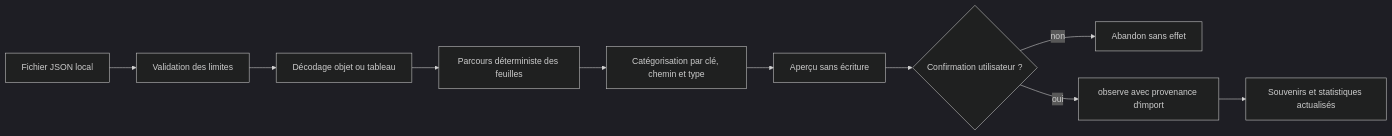
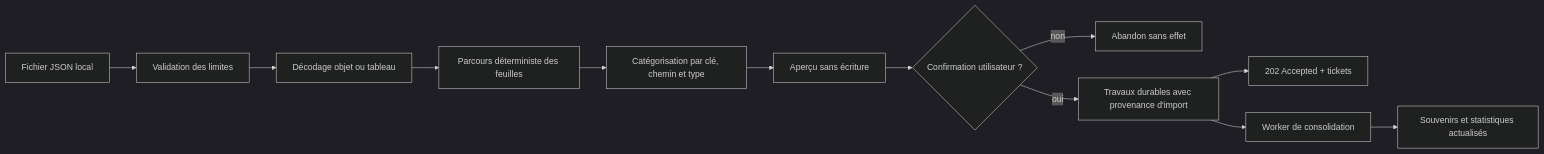
Before and after one commit to sxc3030-eng/memoire-associative-temporelle: the fifth of 5 diagrams in docs/ARCHITECTURE.md, drawn with Mermaid (dark theme). The commit also changed other lines of this file and 15 other files, not shown here.

````diff
--- a/docs/ARCHITECTURE.md
+++ b/docs/ARCHITECTURE.md
@@ -448,12 +506,14 @@
 ```mermaid
 flowchart LR
     F["Fichier JSON local"] --> V["Validation des limites"]
     V --> D["Décodage objet ou tableau"]
     D --> P["Parcours déterministe des feuilles"]
     P --> C["Catégorisation par clé, chemin et type"]
     C --> A["Aperçu sans écriture"]
     A --> Q{"Confirmation utilisateur ?"}
     Q -->|"non"| X["Abandon sans effet"]
-    Q -->|"oui"| O["observe avec provenance d'import"]
-    O --> M["Souvenirs et statistiques actualisés"]
+    Q -->|"oui"| I["Travaux durables avec provenance d'import"]
+    I --> T["202 Accepted + tickets"]
+    I --> W["Worker de consolidation"]
+    W --> M["Souvenirs et statistiques actualisés"]
 ```
````
